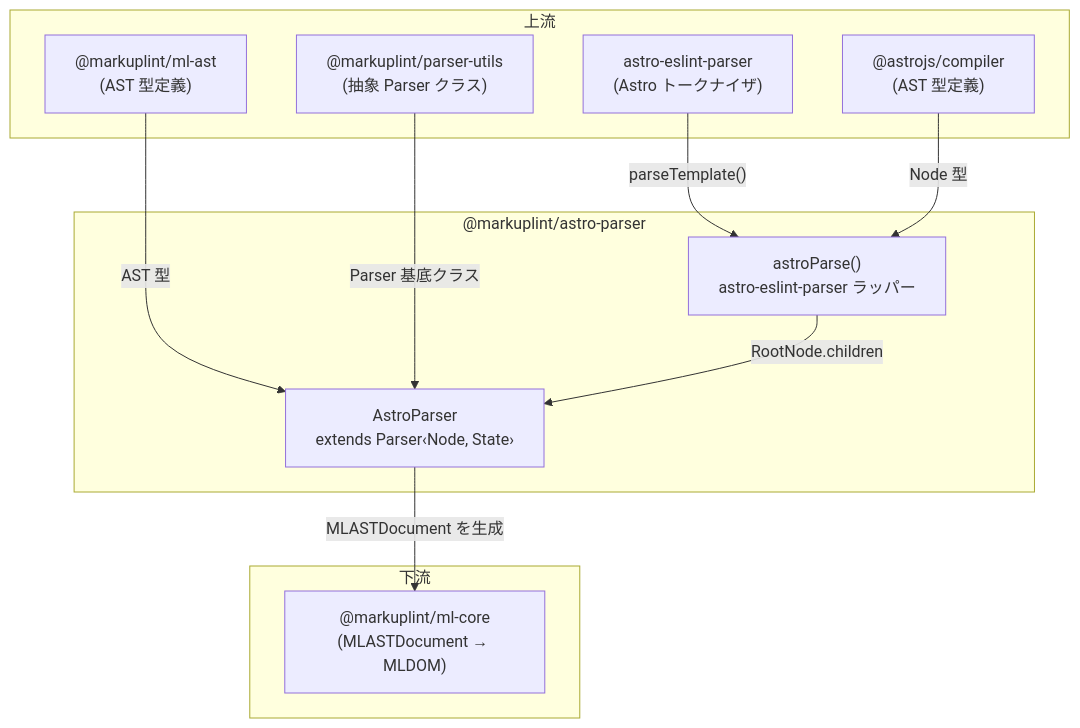
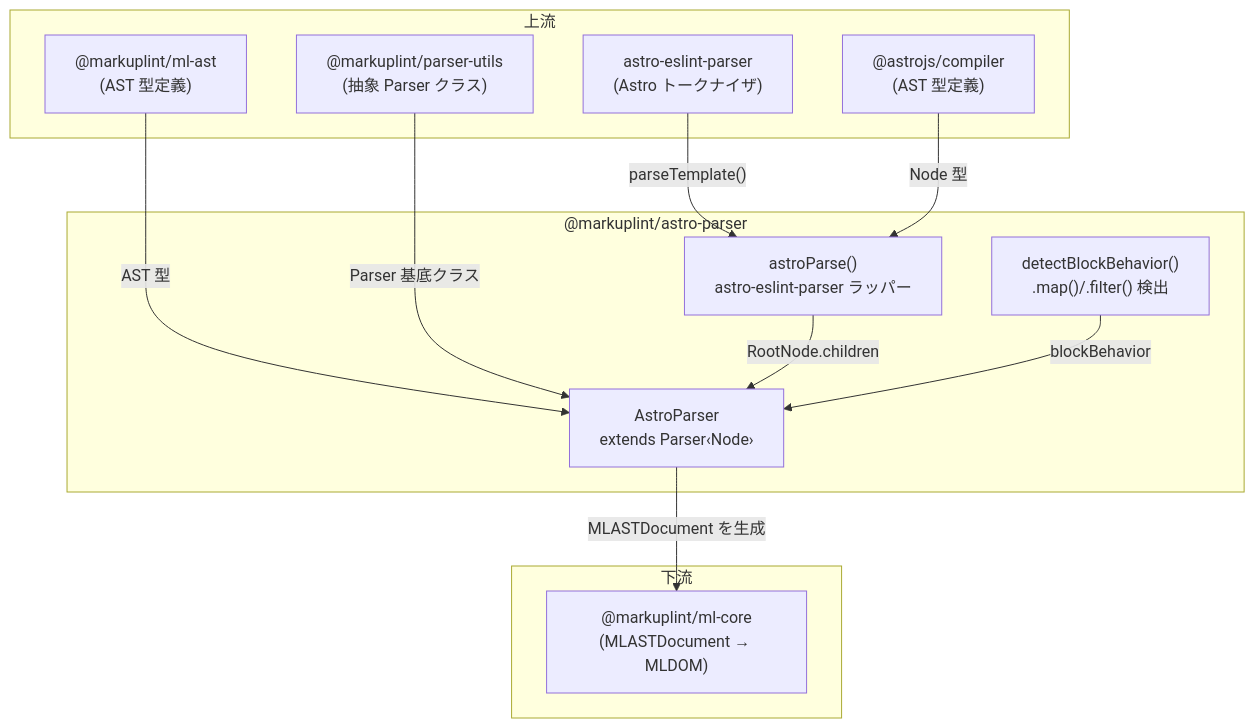
The diagram in packages/@markuplint/astro-parser/ARCHITECTURE.ja.md (markuplint/markuplint), drawn with Mermaid before and after one commit. The commit also changed other lines of this file and 4 other files, not shown here.

First line of the commit message:
docs(astro-parser): fix documentation to match implementation

````diff
--- a/packages/@markuplint/astro-parser/ARCHITECTURE.ja.md
+++ b/packages/@markuplint/astro-parser/ARCHITECTURE.ja.md
@@ -20,25 +21,27 @@
 ```mermaid
 flowchart TD
     subgraph upstream ["上流"]
         mlAst["@markuplint/ml-ast\n(AST 型定義)"]
         parserUtils["@markuplint/parser-utils\n(抽象 Parser クラス)"]
         astroEslintParser["astro-eslint-parser\n(Astro トークナイザ)"]
         astroCompiler["@astrojs/compiler\n(AST 型定義)"]
     end
 
     subgraph pkg ["@markuplint/astro-parser"]
-        astroParser["AstroParser\nextends Parser‹Node, State›"]
+        astroParser["AstroParser\nextends Parser‹Node›"]
         astroParseFn["astroParse()\nastro-eslint-parser ラッパー"]
+        detectBlock["detectBlockBehavior()\n.map()/.filter() 検出"]
     end
 
     subgraph downstream ["下流"]
         mlCore["@markuplint/ml-core\n(MLASTDocument → MLDOM)"]
     end
 
     mlAst -->|"AST 型"| astroParser
     parserUtils -->|"Parser 基底クラス"| astroParser
     astroEslintParser -->|"parseTemplate()"| astroParseFn
     astroCompiler -->|"Node 型"| astroParseFn
     astroParseFn -->|"RootNode.children"| astroParser
+    detectBlock -->|"blockBehavior"| astroParser
     astroParser -->|"MLASTDocument を生成"| mlCore
 ```
````
